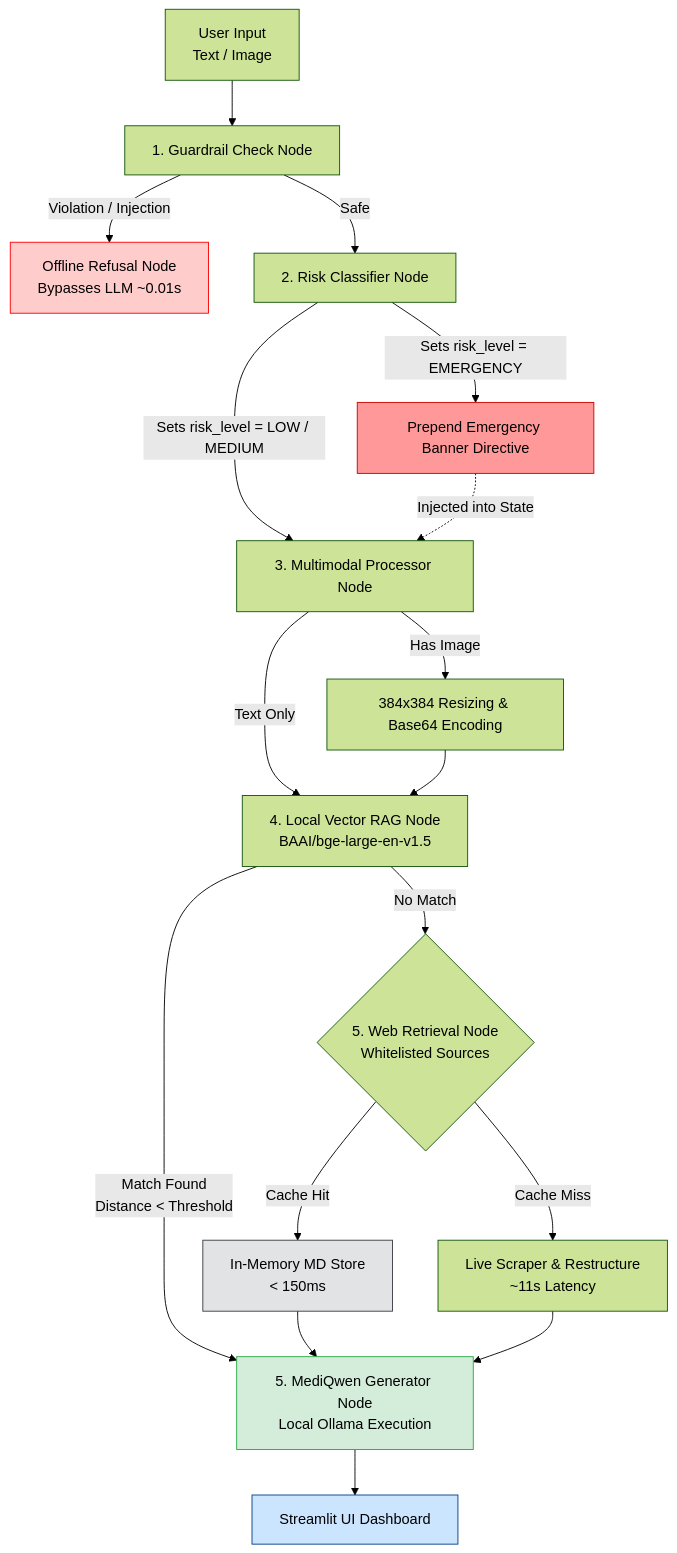
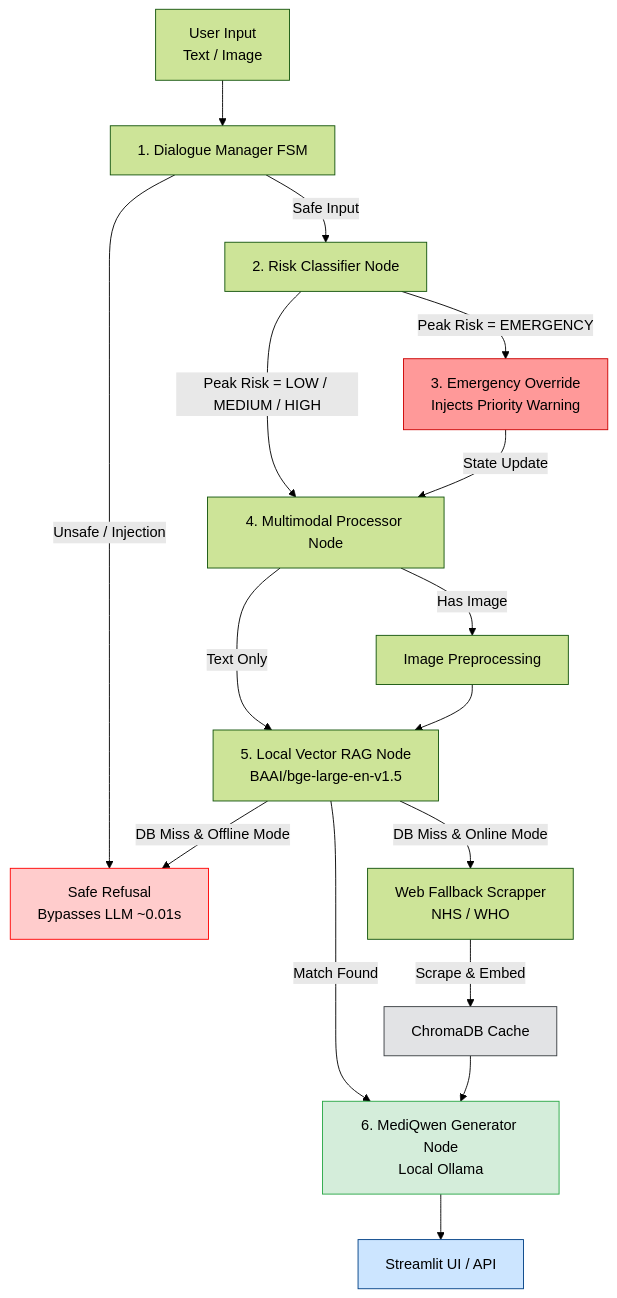
One commit to SantosRana/MediQwen changed the diagram in README.md. Above: the diagram before and after it, drawn with Mermaid (forest theme). The commit also changed other lines of this file and 32 other files, not shown here.

````diff
--- a/README.md
+++ b/README.md
@@ -55,32 +56,30 @@
 ```mermaid
 flowchart TD
-    A[User Input<br/> Text / Image] --> B[1. Guardrail Check Node]
+    A[User Input<br/> Text / Image] --> B[1. Dialogue Manager FSM]
     
-    B -->|Violation / Injection| R[Offline Refusal Node<br/>Bypasses LLM ~0.01s]
-    B -->|Safe| C[2. Risk Classifier Node]
+    B -->|Unsafe / Injection| R[Safe Refusal<br/>Bypasses LLM ~0.01s]
+    B -->|Safe Input| C[2. Risk Classifier Node]
     
-    C -->|Sets risk_level = EMERGENCY| E[Prepend Emergency Banner Directive]
-    C -->|Sets risk_level = LOW / MEDIUM| M[3. Multimodal Processor Node]
-    E -.->|Injected into State| M
+    C -->|Peak Risk = EMERGENCY| E[3. Emergency Override<br/>Injects Priority Warning]
+    C -->|Peak Risk = LOW / MEDIUM / HIGH| M[4. Multimodal Processor Node]
+    E -->|State Update| M
     
-    M -->|Has Image| P[384x384 Resizing & Base64 Encoding]
-    M -->|Text Only| V[4. Local Vector RAG Node<br/>BAAI/bge-large-en-v1.5]
-    P -->  V
+    M -->|Has Image| P[Image Preprocessing]
+    M -->|Text Only| V[5. Local Vector RAG Node<br/>BAAI/bge-large-en-v1.5]
+    P --> V
     
-    V --> |Match Found<br/>Distance < Threshold| G[5. MediQwen Generator Node<br/>Local Ollama Execution]
-    V --> |No Match| W{5. Web Retrieval Node<br/>Whitelisted Sources}
+    V -->|Match Found| G[6. MediQwen Generator Node<br/>Local Ollama]
+    V -->|DB Miss & Online Mode| W[Web Fallback Scrapper<br/>NHS / WHO]
+    V -->|DB Miss & Offline Mode| R
     
-    W --> |Cache Hit| CH[In-Memory MD Store<br/>< 150ms]
-    W --> |Cache Miss| CM[Live Scraper & Restructure<br/>~11s Latency]
+    W -->|Scrape & Embed| CH[ChromaDB Cache]
+    CH --> G
     
-    CH --> G
-    CM --> G
-    
-    G --> O[Streamlit UI Dashboard]
+    G --> O[Streamlit UI / API ]
 
     style R fill:#ffcccc,stroke:#ff0000,color:#000
     style E fill:#ff9999,stroke:#cc0000,color:#000
     style G fill:#d4edda,stroke:#28a745,color:#000
     style O fill:#cce5ff,stroke:#004085,color:#000
     style CH fill:#e2e3e5,stroke:#383d41,color:#000
 ```
````
